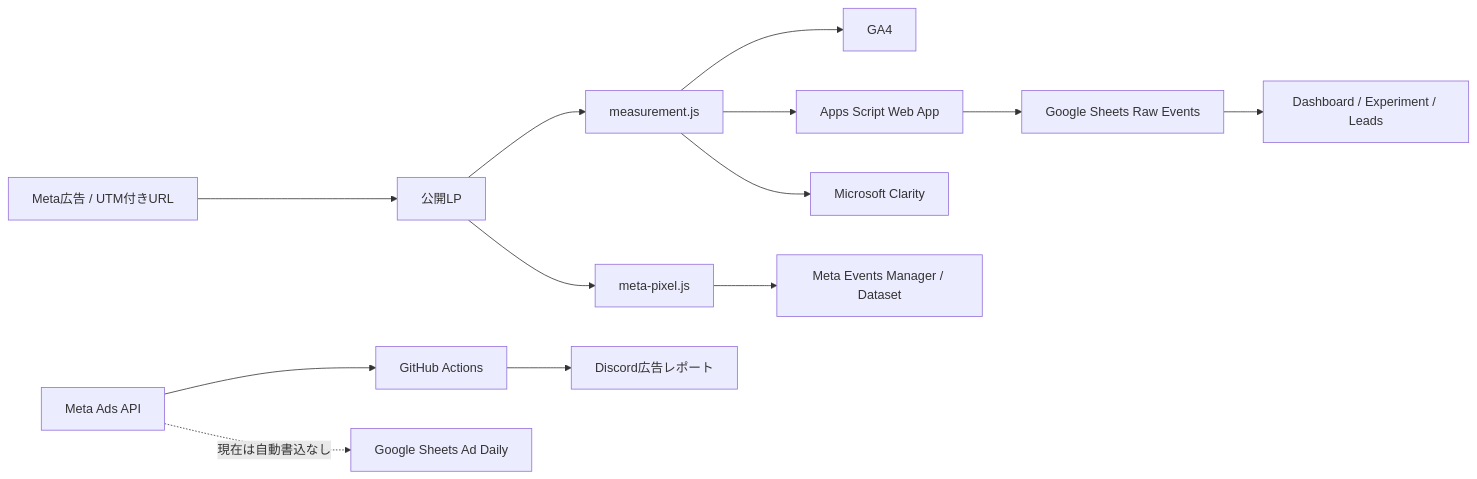
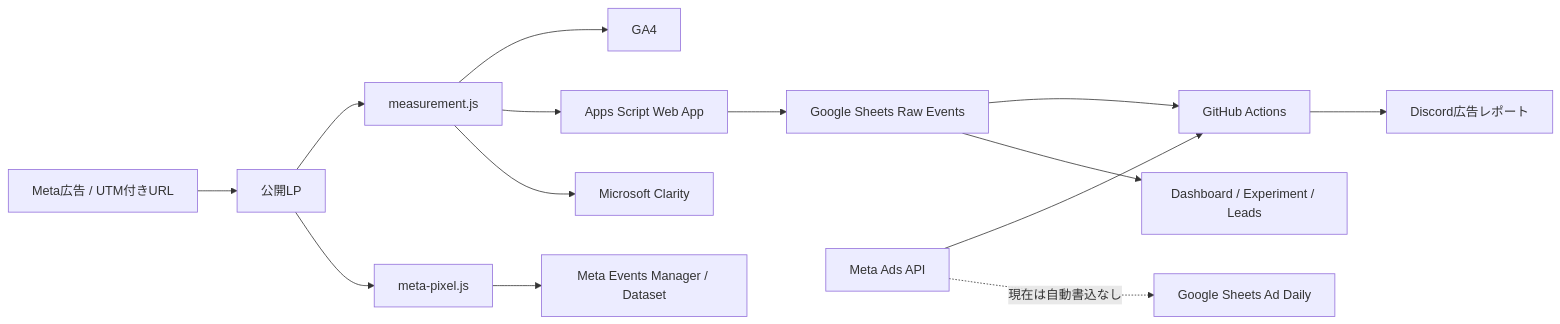
Before and after one commit to Bivrosttt/ai-komon2: the diagram in docs/analytics-and-attribution.md, drawn with Mermaid. The commit also changed other lines of this file and 1 other file, not shown here.

````diff
--- a/docs/analytics-and-attribution.md
+++ b/docs/analytics-and-attribution.md
@@ -21,15 +21,16 @@
 ```mermaid
 flowchart LR
   A[Meta広告 / UTM付きURL] --> B[公開LP]
   B --> C[measurement.js]
   B --> D[meta-pixel.js]
   C --> E[GA4]
   C --> F[Apps Script Web App]
   C --> N[Microsoft Clarity]
   F --> G[Google Sheets Raw Events]
   D --> H[Meta Events Manager / Dataset]
   I[Meta Ads API] --> J[GitHub Actions]
+  G --> J
   J --> K[Discord広告レポート]
   G --> L[Dashboard / Experiment / Leads]
   I -. 現在は自動書込なし .-> M[Google Sheets Ad Daily]
 ```
````
